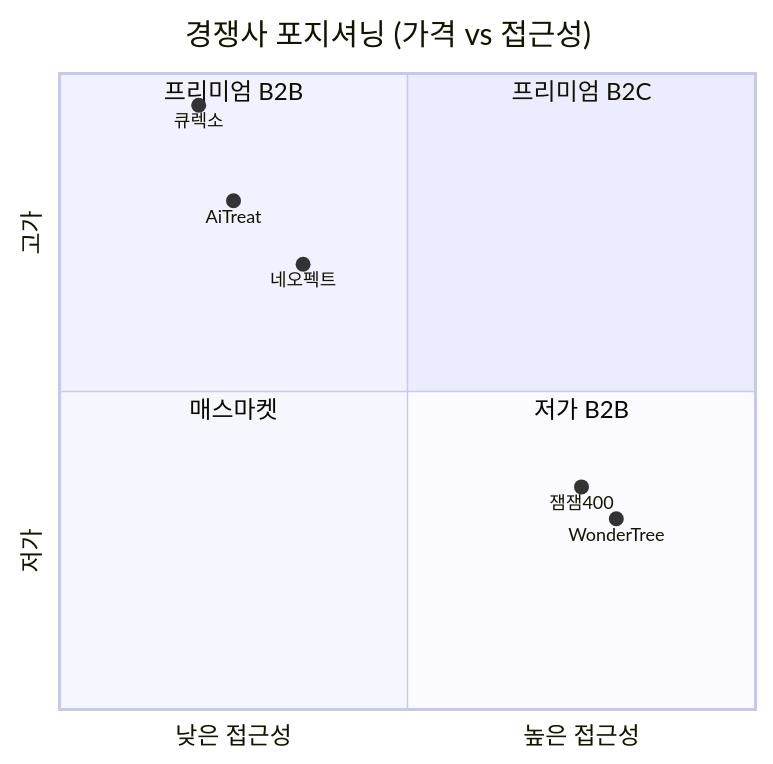
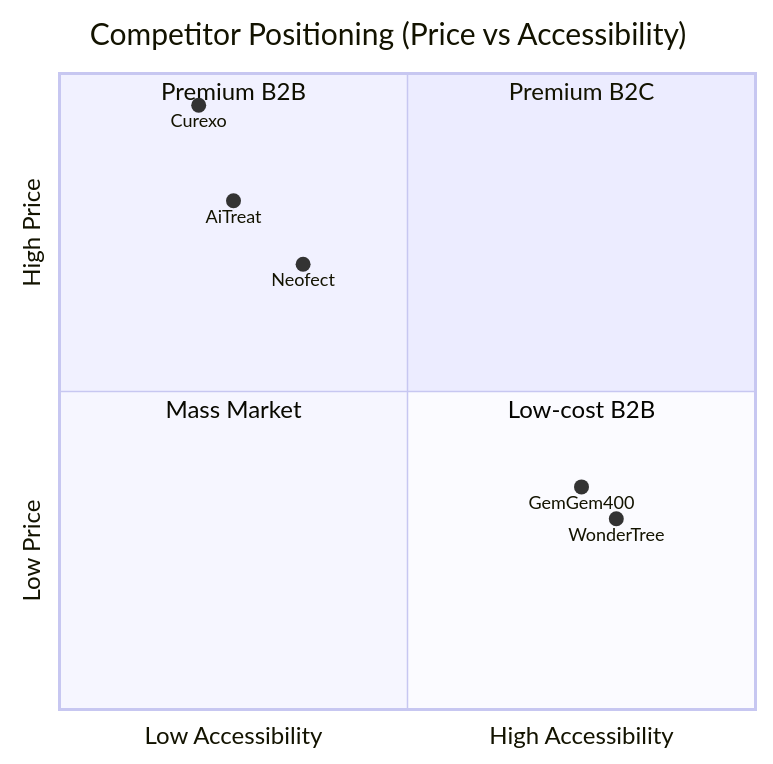
Before and after one commit to k-codepoet/ai-research-result: the second of 3 diagrams in gemgem400/competitors.md, drawn with Mermaid. The commit also changed 2 other files, not shown here.

Commit message:
fix syntax error

````diff
--- a/gemgem400/competitors.md
+++ b/gemgem400/competitors.md
@@ -159,15 +159,15 @@
 ```mermaid
 quadrantChart
-    title 경쟁사 포지셔닝 (가격 vs 접근성)
-    x-axis 낮은 접근성 --> 높은 접근성
-    y-axis 저가 --> 고가
-    quadrant-1 프리미엄 B2C
-    quadrant-2 프리미엄 B2B
-    quadrant-3 매스마켓
-    quadrant-4 저가 B2B
-    "큐렉소": [0.2, 0.95]
-    "네오펙트": [0.35, 0.7]
+    title Competitor Positioning (Price vs Accessibility)
+    x-axis "Low Accessibility" --> "High Accessibility"
+    y-axis "Low Price" --> "High Price"
+    quadrant-1 "Premium B2C"
+    quadrant-2 "Premium B2B"
+    quadrant-3 "Mass Market"
+    quadrant-4 "Low-cost B2B"
+    "Curexo": [0.2, 0.95]
+    "Neofect": [0.35, 0.7]
     "AiTreat": [0.25, 0.8]
     "WonderTree": [0.8, 0.3]
-    "잼잼400": [0.75, 0.35]
+    "GemGem400": [0.75, 0.35]
 ```
````
